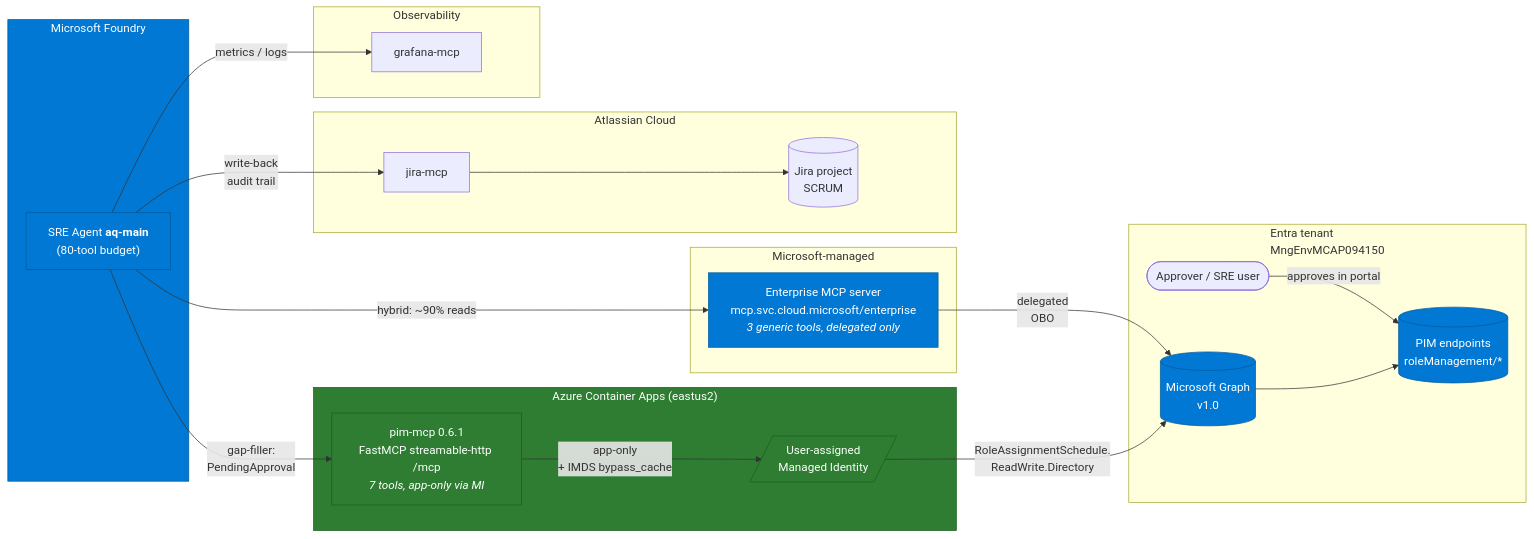
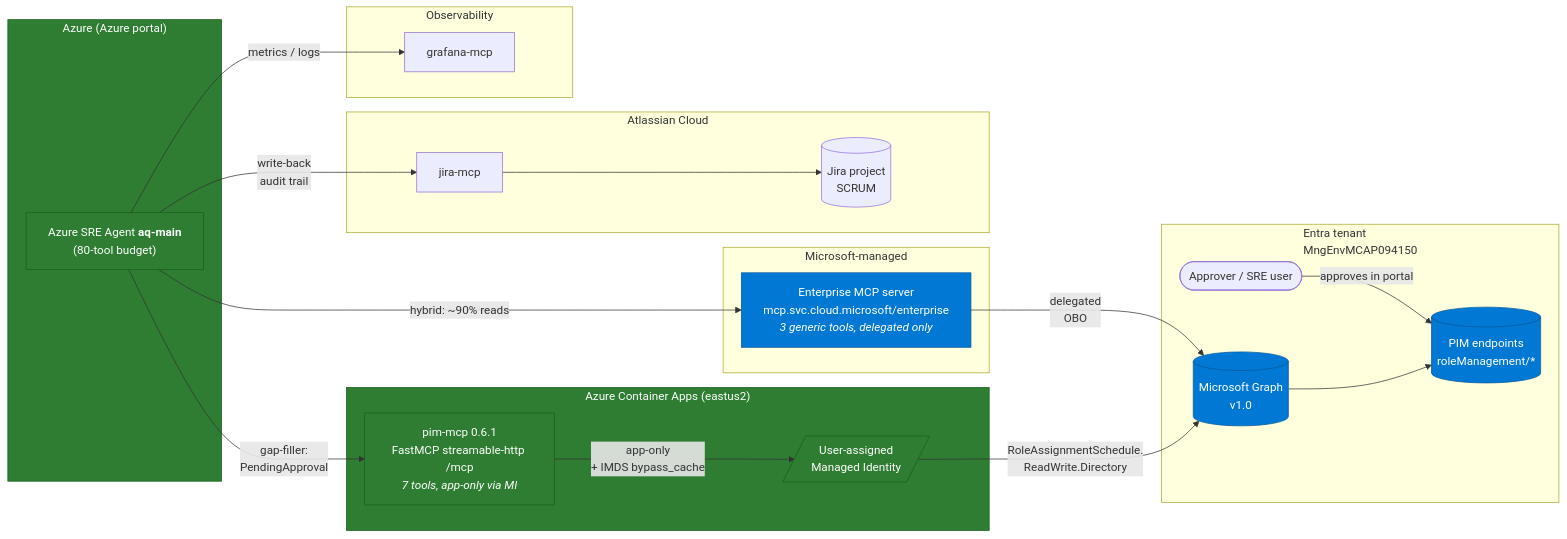
The first of 6 diagrams in pim-enablement-testbed/docs/architecture-diagrams.md (Arturo-Quiroga-MSFT/SRE-AGENT-JAN-2026), drawn with Mermaid before and after one commit. The commit also changed other lines of this file, not shown here.

Commit message:
docs(pim-testbed): correct SRE Agent host - Azure portal, not Foundry
The Azure SRE Agent (aq-main) is an Azure service surfaced through the
Azure portal; it is not a Microsoft Foundry agent. Updates:

  - Diagram 1 (System context): subgraph relabeled 'Azure (Azure portal)';
    classDef regrouped so the agent renders in our-owned green.
  - Diagram 2 (Sequence): participant relabeled 'Azure SRE Agent (aq-main)'.
  - Diagram 6 (Validation): Layer 3 and Step 10 labels updated to remove
    Foundry references.

````diff
--- a/pim-enablement-testbed/docs/architecture-diagrams.md
+++ b/pim-enablement-testbed/docs/architecture-diagrams.md
@@ -20,48 +20,48 @@
 ```mermaid
 flowchart LR
     subgraph Tenant["Entra tenant<br/>MngEnvMCAP094150"]
         User([Approver / SRE user])
         Graph[(Microsoft Graph<br/>v1.0)]
         PIM[(PIM endpoints<br/>roleManagement/*)]
     end
 
-    subgraph Foundry["Microsoft Foundry"]
-        Agent["SRE Agent <b>aq-main</b><br/>(80-tool budget)"]
+    subgraph AzPortal["Azure (Azure portal)"]
+        Agent["Azure SRE Agent <b>aq-main</b><br/>(80-tool budget)"]
     end
 
     subgraph MS["Microsoft-managed"]
         EntMCP["Enterprise MCP server<br/>mcp.svc.cloud.microsoft/enterprise<br/><i>3 generic tools, delegated only</i>"]
     end
 
     subgraph ACA["Azure Container Apps (eastus2)"]
         PimMCP["pim-mcp 0.6.1<br/>FastMCP streamable-http /mcp<br/><i>7 tools, app-only via MI</i>"]
         MI[/User-assigned<br/>Managed Identity/]
     end
 
     subgraph Jira["Atlassian Cloud"]
         JiraMCP["jira-mcp"]
         SCRUM[(Jira project<br/>SCRUM)]
     end
 
     subgraph Obs["Observability"]
         GrafMCP["grafana-mcp"]
     end
 
     User -->|approves in portal| PIM
     Agent -->|hybrid: ~90% reads| EntMCP
     Agent -->|gap-filler:<br/>PendingApproval| PimMCP
     Agent -->|write-back<br/>audit trail| JiraMCP
     Agent -->|metrics / logs| GrafMCP
 
     EntMCP -->|delegated<br/>OBO| Graph
     PimMCP -->|app-only<br/>+ IMDS bypass_cache| MI
     MI -->|RoleAssignmentSchedule.<br/>ReadWrite.Directory| Graph
     Graph --> PIM
     JiraMCP --> SCRUM
 
     classDef ms fill:#0078d4,color:#fff,stroke:#005a9e
     classDef ours fill:#2e7d32,color:#fff,stroke:#1b5e20
     classDef gap fill:#c62828,color:#fff,stroke:#8e0000
-    class EntMCP,Foundry,Agent,Graph,PIM ms
-    class PimMCP,MI,ACA ours
+    class EntMCP,Graph,PIM ms
+    class Agent,AzPortal,PimMCP,MI,ACA ours
 ```
````
